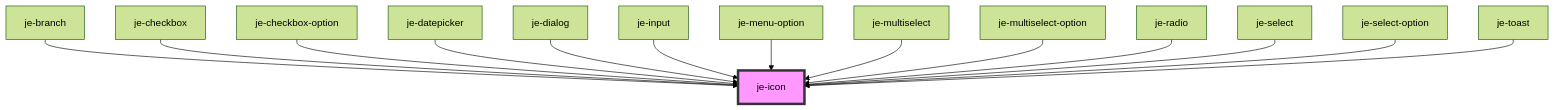
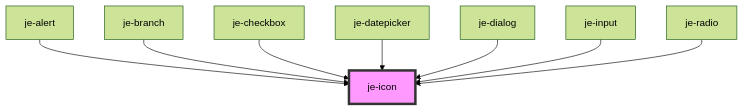
Before and after one commit to pgreen00/jebamo: the diagram in packages/docs/docs/components/je-icon/readme.md, drawn with Mermaid (forest theme). The commit also changed other lines of this file and 228 other files, not shown here.

````diff
--- a/packages/docs/docs/components/je-icon/readme.md
+++ b/packages/docs/docs/components/je-icon/readme.md
@@ -48,17 +33,11 @@
 ```mermaid
 graph TD;
+  je-alert --> je-icon
   je-branch --> je-icon
   je-checkbox --> je-icon
-  je-checkbox-option --> je-icon
   je-datepicker --> je-icon
   je-dialog --> je-icon
   je-input --> je-icon
-  je-menu-option --> je-icon
-  je-multiselect --> je-icon
-  je-multiselect-option --> je-icon
   je-radio --> je-icon
-  je-select --> je-icon
-  je-select-option --> je-icon
-  je-toast --> je-icon
   style je-icon fill:#f9f,stroke:#333,stroke-width:4px
 ```
````
